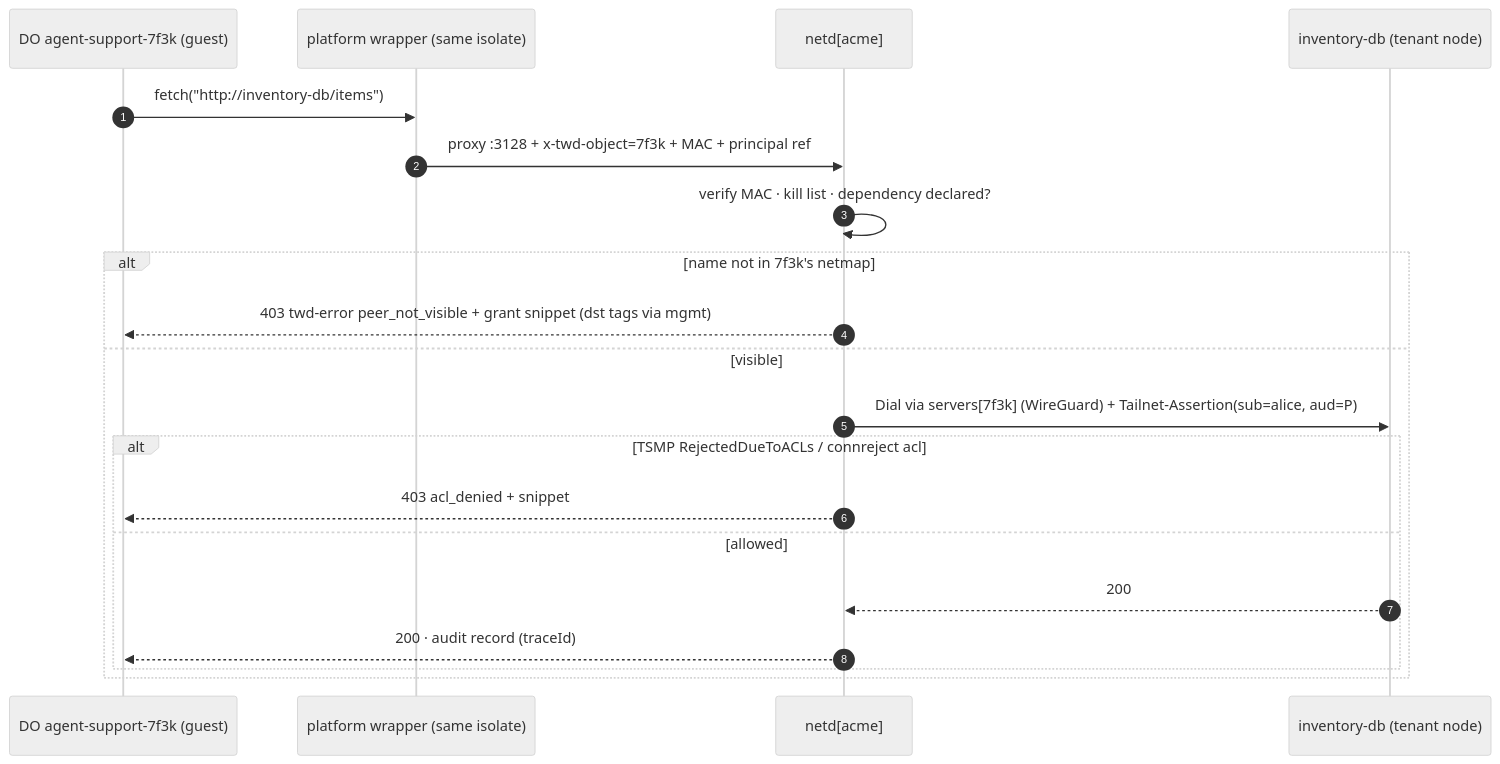
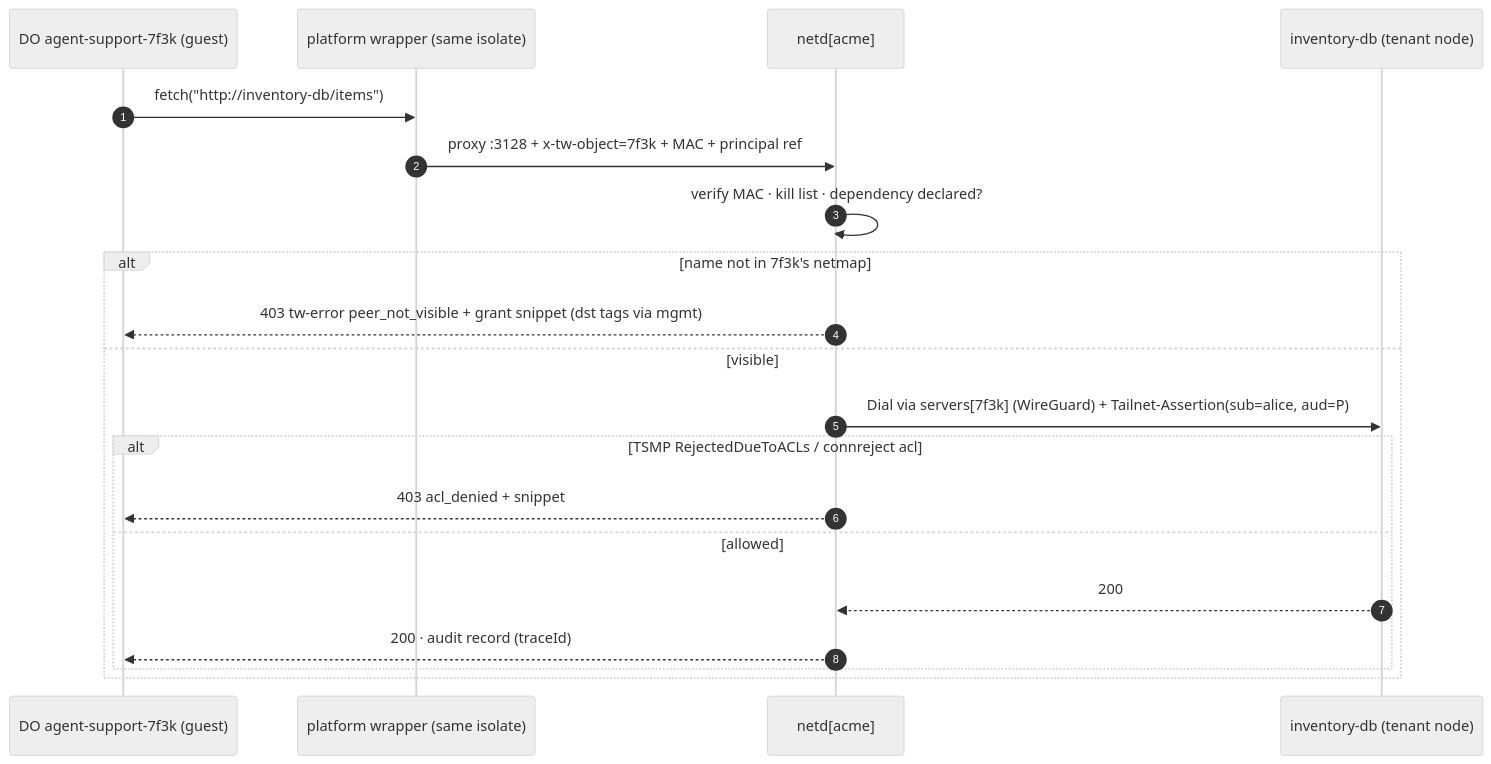
One commit to XSY-28/tailworks changed the third of 7 diagrams in docs/design/RFC.md. Above: the diagram before and after it, drawn with Mermaid (neutral theme). The commit also changed other lines of this file and 1209 other files, not shown here.

````diff
--- a/docs/design/RFC.md
+++ b/docs/design/RFC.md
@@ -390,22 +390,22 @@
 ```mermaid
 sequenceDiagram
   autonumber
   participant D as DO agent-support-7f3k (guest)
   participant W as platform wrapper (same isolate)
   participant N as netd[acme]
   participant P as inventory-db (tenant node)
   D->>W: fetch("http://inventory-db/items")
-  W->>N: proxy :3128 + x-twd-object=7f3k + MAC + principal ref
+  W->>N: proxy :3128 + x-tw-object=7f3k + MAC + principal ref
   N->>N: verify MAC · kill list · dependency declared?
   alt name not in 7f3k's netmap
-    N-->>D: 403 twd-error peer_not_visible + grant snippet (dst tags via mgmt)
+    N-->>D: 403 tw-error peer_not_visible + grant snippet (dst tags via mgmt)
   else visible
     N->>P: Dial via servers[7f3k] (WireGuard) + Tailnet-Assertion(sub=alice, aud=P)
     alt TSMP RejectedDueToACLs / connreject acl
       N-->>D: 403 acl_denied + snippet
     else allowed
       P-->>N: 200
       N-->>D: 200 · audit record (traceId)
     end
   end
 ```
````
